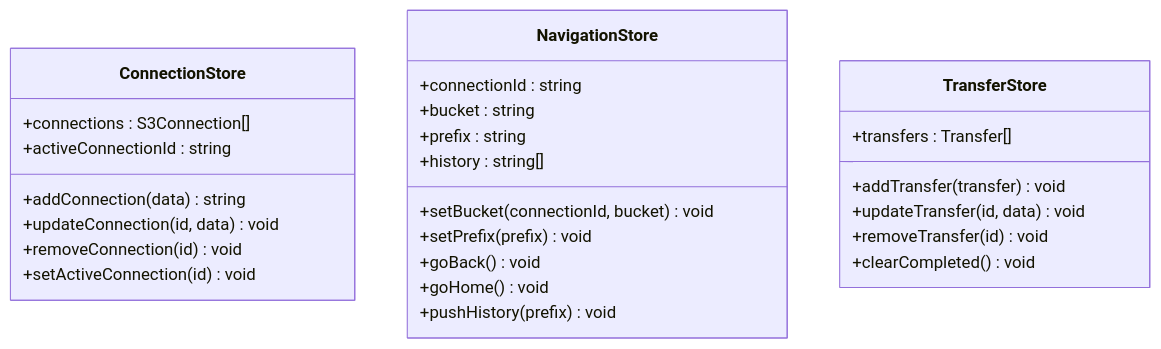
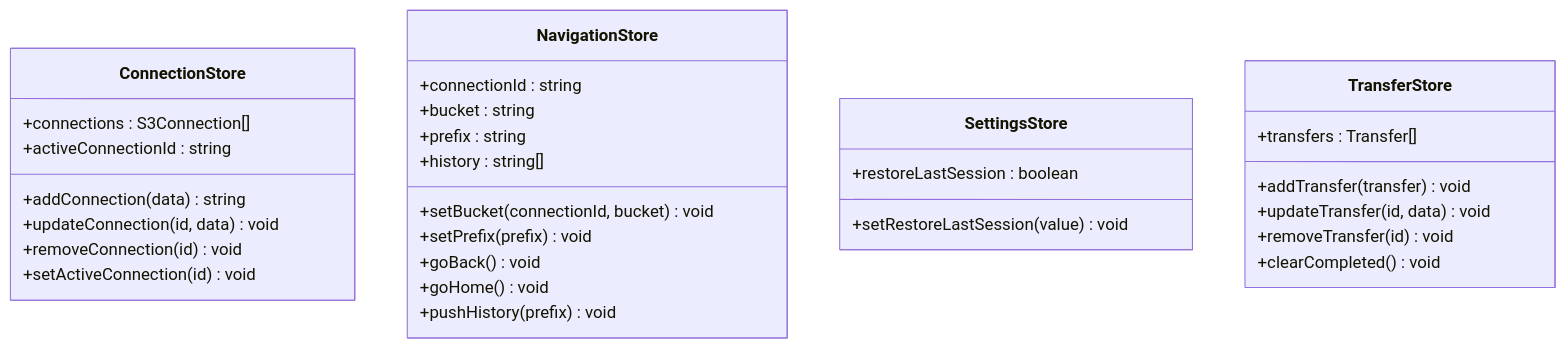
The seventh of 9 diagrams in .qoder/repowiki/en/content/Architecture Overview.md (nasrulhadi/s3-explorer), drawn with Mermaid before and after one commit. The commit also changed other lines of this file and 26 other files, not shown here.

````diff
--- a/.qoder/repowiki/en/content/Architecture Overview.md
+++ b/.qoder/repowiki/en/content/Architecture Overview.md
@@ -246,29 +313,33 @@
 ```mermaid
 classDiagram
 class ConnectionStore {
 +connections : S3Connection[]
 +activeConnectionId : string
 +addConnection(data) string
 +updateConnection(id, data) void
 +removeConnection(id) void
 +setActiveConnection(id) void
 }
 class NavigationStore {
 +connectionId : string
 +bucket : string
 +prefix : string
 +history : string[]
 +setBucket(connectionId, bucket) void
 +setPrefix(prefix) void
 +goBack() void
 +goHome() void
 +pushHistory(prefix) void
 }
+class SettingsStore {
++restoreLastSession : boolean
++setRestoreLastSession(value) void
+}
 class TransferStore {
 +transfers : Transfer[]
 +addTransfer(transfer) void
 +updateTransfer(id, data) void
 +removeTransfer(id) void
 +clearCompleted() void
 }
 ```
````
